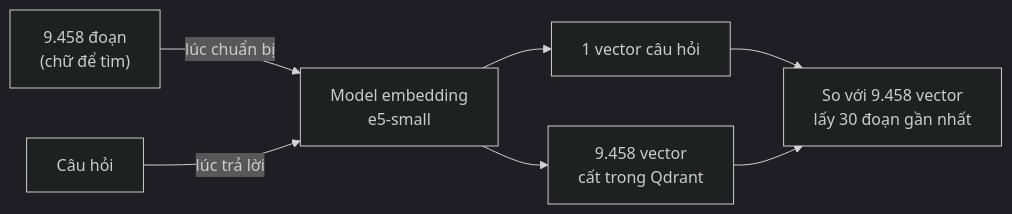
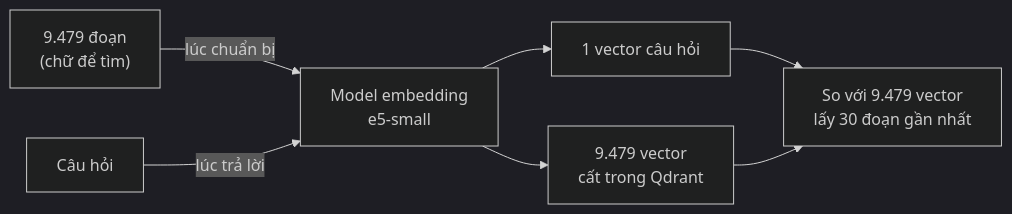
One commit to Sunny-sunnyy/chatbot-hue changed the diagram in bai_hoc/giao_trinh/10_EMBEDDING.md. Above: the diagram before and after it, drawn with Mermaid (dark theme). The commit also changed other lines of this file and 33 other files, not shown here.

````diff
--- a/bai_hoc/giao_trinh/10_EMBEDDING.md
+++ b/bai_hoc/giao_trinh/10_EMBEDDING.md
@@ -53,9 +53,9 @@
 ```mermaid
 flowchart LR
-  A["9.458 đoạn<br/>(chữ để tìm)"] -->|"lúc chuẩn bị"| M["Model embedding<br/>e5-small"]
-  M --> V["9.458 vector<br/>cất trong Qdrant"]
+  A["9.479 đoạn<br/>(chữ để tìm)"] -->|"lúc chuẩn bị"| M["Model embedding<br/>e5-small"]
+  M --> V["9.479 vector<br/>cất trong Qdrant"]
   Q["Câu hỏi"] -->|"lúc trả lời"| M
   M --> QV["1 vector câu hỏi"]
-  QV --> S["So với 9.458 vector<br/>lấy 30 đoạn gần nhất"]
+  QV --> S["So với 9.479 vector<br/>lấy 30 đoạn gần nhất"]
   V --> S
 ```
````
